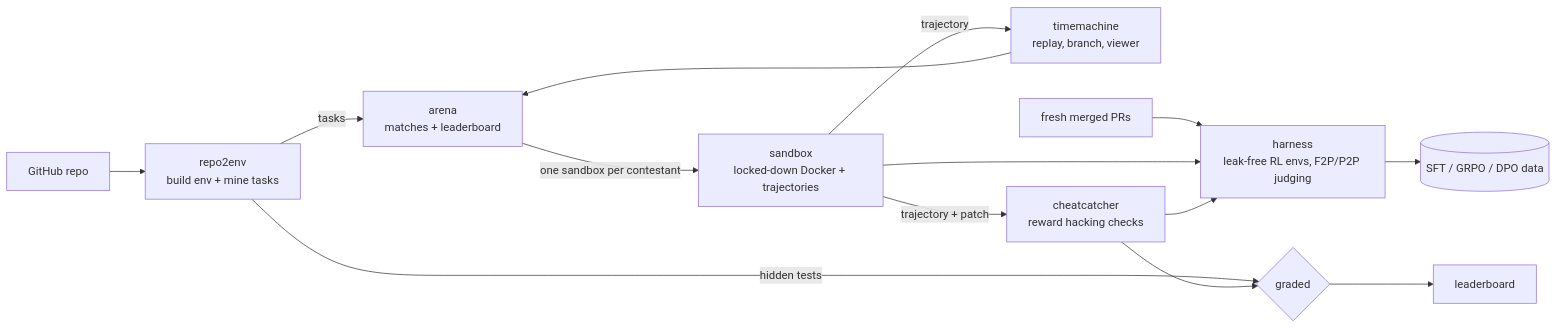
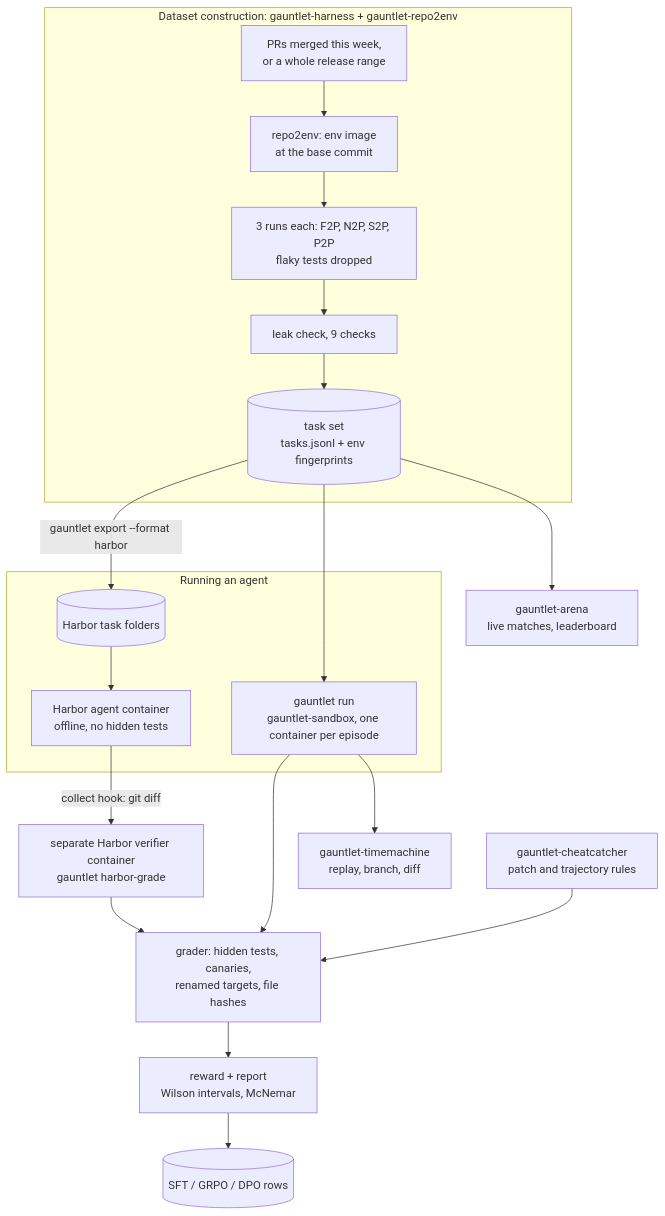
The diagram in README.md (abhishekcpp007/gauntlet), drawn with Mermaid before and after one commit. The commit also changed other lines of this file, not shown here.

First line of the commit message:
Add an architecture diagram, the six-step measurement story and Harbor

````diff
--- a/README.md
+++ b/README.md
@@ -52,16 +70,22 @@
 ```mermaid
-flowchart LR
-    R[GitHub repo] --> E[repo2env<br/>build env + mine tasks]
-    E -->|tasks| A[arena<br/>matches + leaderboard]
-    A -->|one sandbox per contestant| S[sandbox<br/>locked-down Docker + trajectories]
-    S -->|trajectory| T[timemachine<br/>replay, branch, viewer]
-    S -->|trajectory + patch| C[cheatcatcher<br/>reward hacking checks]
-    E -->|hidden tests| G{graded}
-    C --> G
-    G --> L[leaderboard]
-    T --> A
-    PR[fresh merged PRs] --> H[harness<br/>leak-free RL envs, F2P/P2P judging]
-    S --> H
-    C --> H
-    H --> D[(SFT / GRPO / DPO data)]
+flowchart TB
+    subgraph build["Dataset construction: gauntlet-harness + gauntlet-repo2env"]
+        PR["PRs merged this week,<br/>or a whole release range"] --> ENV["repo2env: env image<br/>at the base commit"]
+        ENV --> VAL["3 runs each: F2P, N2P, S2P, P2P<br/>flaky tests dropped"]
+        VAL --> LEAK["leak check, 9 checks"]
+        LEAK --> TS[("task set<br/>tasks.jsonl + env fingerprints")]
+    end
+    TS -->|gauntlet export --format harbor| HT[("Harbor task folders")]
+    subgraph run["Running an agent"]
+        HT --> AG["Harbor agent container<br/>offline, no hidden tests"]
+        TS --> SB["gauntlet run<br/>gauntlet-sandbox, one container per episode"]
+    end
+    AG -->|collect hook: git diff| VF["separate Harbor verifier container<br/>gauntlet harbor-grade"]
+    VF --> GR
+    SB --> GR["grader: hidden tests, canaries,<br/>renamed targets, file hashes"]
+    CC["gauntlet-cheatcatcher<br/>patch and trajectory rules"] --> GR
+    GR --> RW["reward + report<br/>Wilson intervals, McNemar"]
+    RW --> DATA[("SFT / GRPO / DPO rows")]
+    SB --> TM["gauntlet-timemachine<br/>replay, branch, diff"]
+    TS --> AR["gauntlet-arena<br/>live matches, leaderboard"]
 ```
````
